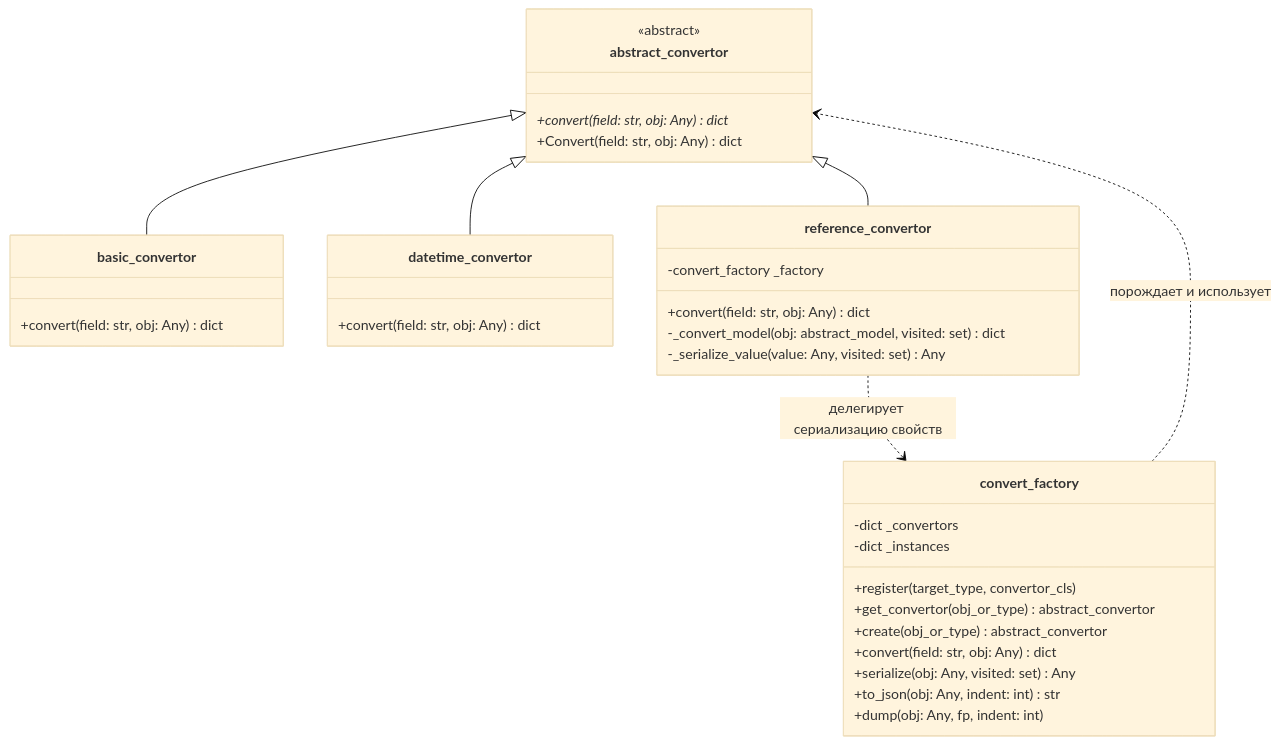
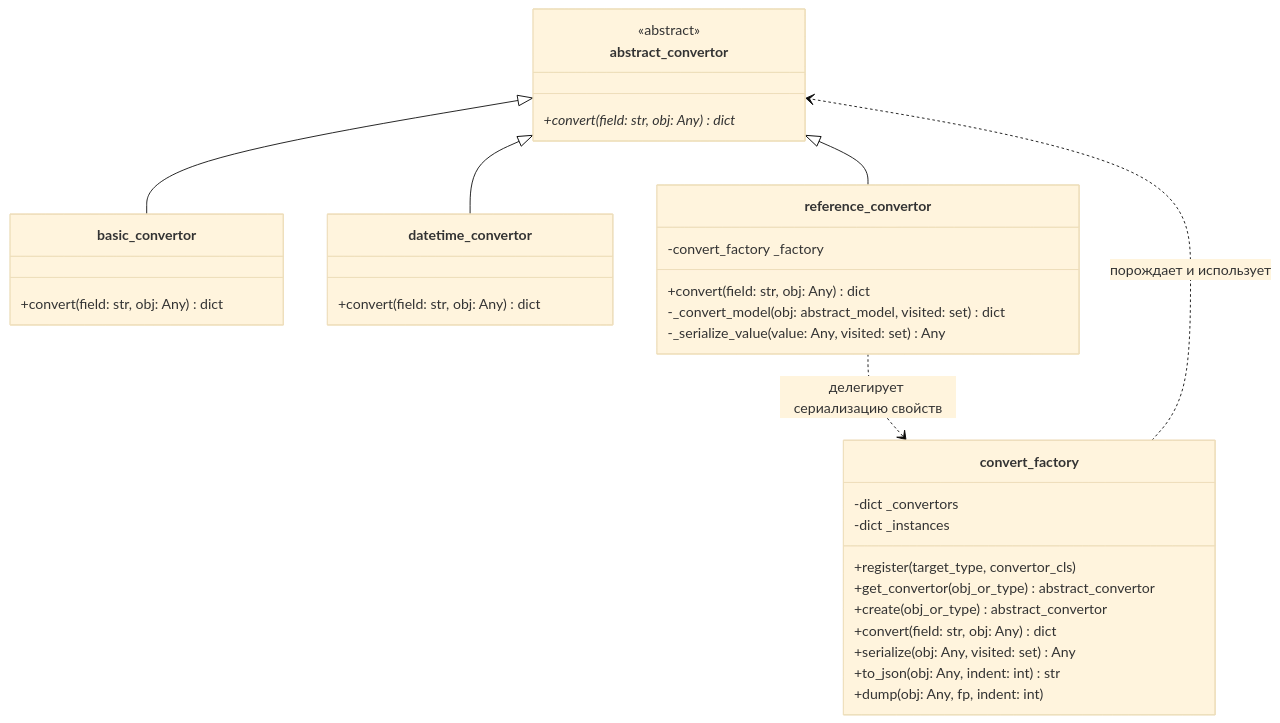
One commit to Turik06/Patterns_Suleymanov changed the first of 2 diagrams in Docs/JsonSerialization.md. Above: the diagram before and after it, drawn with Mermaid (base theme). The commit also changed other lines of this file and 13 other files, not shown here.

````diff
--- a/Docs/JsonSerialization.md
+++ b/Docs/JsonSerialization.md
@@ -22,44 +22,43 @@
 ```mermaid
 classDiagram
     direction TB
 
     class abstract_convertor {
         <<abstract>>
         +convert(field: str, obj: Any) dict*
-        +Convert(field: str, obj: Any) dict
     }
 
     class basic_convertor {
         +convert(field: str, obj: Any) dict
     }
 
     class datetime_convertor {
         +convert(field: str, obj: Any) dict
     }
 
     class reference_convertor {
         -convert_factory _factory
         +convert(field: str, obj: Any) dict
         -_convert_model(obj: abstract_model, visited: set) dict
         -_serialize_value(value: Any, visited: set) Any
     }
 
     class convert_factory {
         -dict _convertors
         -dict _instances
         +register(target_type, convertor_cls)
         +get_convertor(obj_or_type) abstract_convertor
         +create(obj_or_type) abstract_convertor
         +convert(field: str, obj: Any) dict
         +serialize(obj: Any, visited: set) Any
         +to_json(obj: Any, indent: int) str
         +dump(obj: Any, fp, indent: int)
     }
 
     abstract_convertor <|-- basic_convertor
     abstract_convertor <|-- datetime_convertor
     abstract_convertor <|-- reference_convertor
 
     convert_factory ..> abstract_convertor : порождает и использует
     reference_convertor ..> convert_factory : делегирует сериализацию свойств
 ```
````
